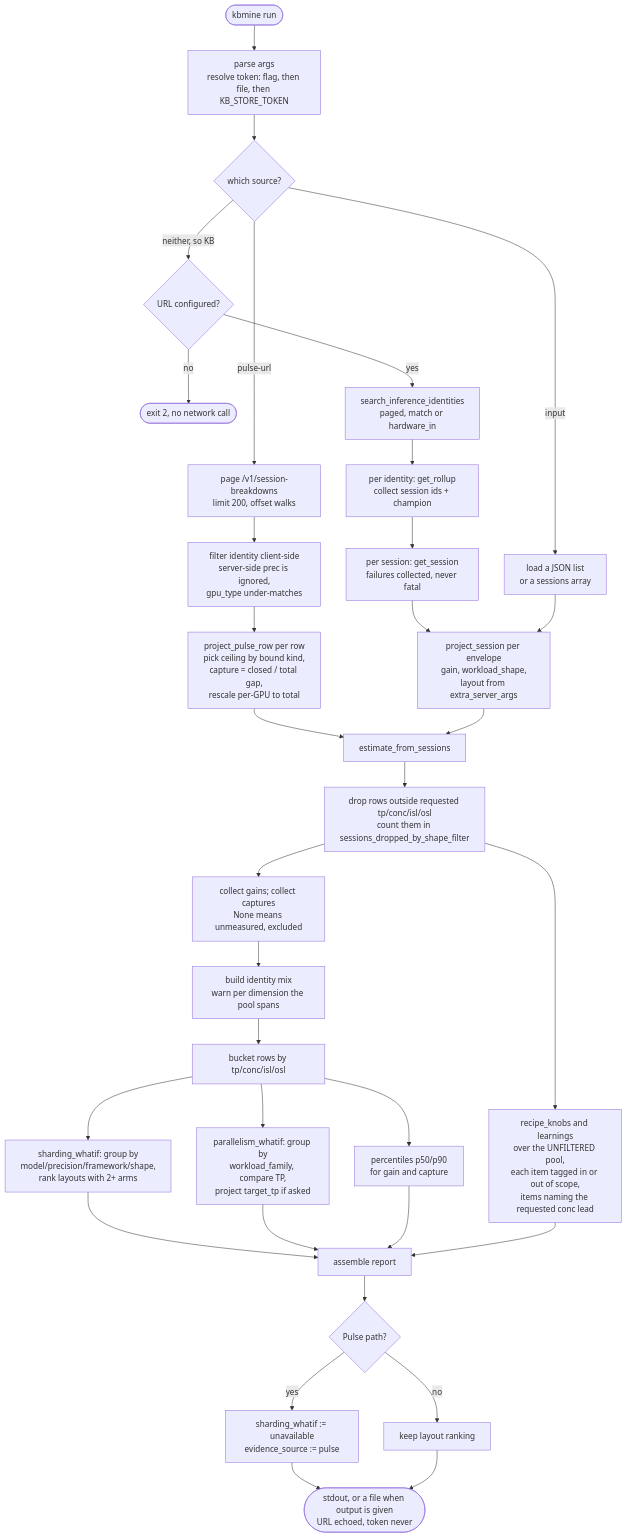
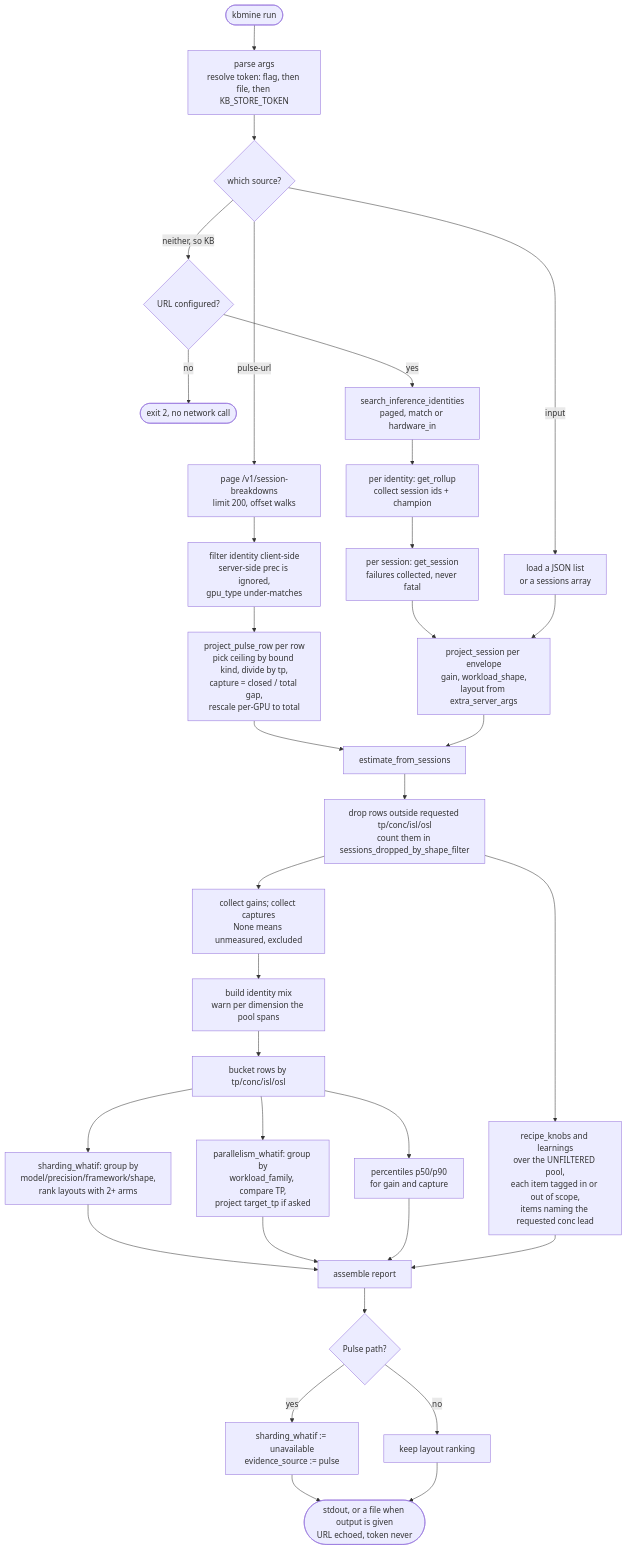
The second of 3 diagrams in tools/kbmine/docs/architecture.md (AMD-AGI/Hyperloom), drawn with Mermaid before and after one commit. The commit also changed 4 other files, not shown here.

First line of the commit message:
fix(kbmine): divide the snapshot's server ceiling by tp before capture; say KB gains are winners only

````diff
--- a/tools/kbmine/docs/architecture.md
+++ b/tools/kbmine/docs/architecture.md
@@ -99,41 +99,41 @@
 ```mermaid
 flowchart TD
     START(["kbmine run"]) --> ARGS["parse args<br/>resolve token: flag, then file, then KB_STORE_TOKEN"]
     ARGS --> PICK{"which source?"}
 
     PICK -->|"input"| OFF["load a JSON list<br/>or a sessions array"]
 
     PICK -->|"pulse-url"| P1["page /v1/session-breakdowns<br/>limit 200, offset walks"]
     P1 --> P2["filter identity client-side<br/>server-side prec is ignored,<br/>gpu_type under-matches"]
-    P2 --> P3["project_pulse_row per row<br/>pick ceiling by bound kind,<br/>capture = closed / total gap,<br/>rescale per-GPU to total"]
+    P2 --> P3["project_pulse_row per row<br/>pick ceiling by bound kind, divide by tp,<br/>capture = closed / total gap,<br/>rescale per-GPU to total"]
 
     PICK -->|"neither, so KB"| K0{"URL configured?"}
     K0 -->|"no"| K0X(["exit 2, no network call"])
     K0 -->|"yes"| K1["search_inference_identities<br/>paged, match or hardware_in"]
     K1 --> K2["per identity: get_rollup<br/>collect session ids + champion"]
     K2 --> K3["per session: get_session<br/>failures collected, never fatal"]
     K3 --> K4["project_session per envelope<br/>gain, workload_shape,<br/>layout from extra_server_args"]
 
     OFF --> K4
     P3 --> AGG
     K4 --> AGG["estimate_from_sessions"]
 
     AGG --> S1["drop rows outside requested tp/conc/isl/osl<br/>count them in sessions_dropped_by_shape_filter"]
     S1 --> S2["collect gains; collect captures<br/>None means unmeasured, excluded"]
     S2 --> S3["build identity mix<br/>warn per dimension the pool spans"]
     S3 --> S4["bucket rows by tp/conc/isl/osl"]
     S4 --> S5["sharding_whatif: group by<br/>model/precision/framework/shape,<br/>rank layouts with 2+ arms"]
     S4 --> S6["parallelism_whatif: group by<br/>workload_family, compare TP,<br/>project target_tp if asked"]
     S4 --> S7["percentiles p50/p90<br/>for gain and capture"]
     S1 --> S8["recipe_knobs and learnings<br/>over the UNFILTERED pool,<br/>each item tagged in or out of scope,<br/>items naming the requested conc lead"]
 
     S5 --> OUT
     S6 --> OUT
     S7 --> OUT
     S8 --> OUT["assemble report"]
     OUT --> PATCH{"Pulse path?"}
     PATCH -->|"yes"| PX["sharding_whatif := unavailable<br/>evidence_source := pulse"]
     PATCH -->|"no"| PY["keep layout ranking"]
     PX --> FIN
     PY --> FIN(["stdout, or a file when output is given<br/>URL echoed, token never"])
 ```
````
